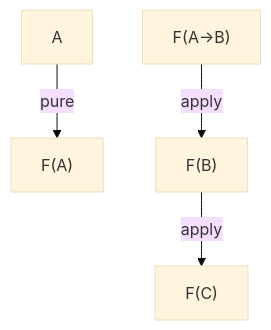
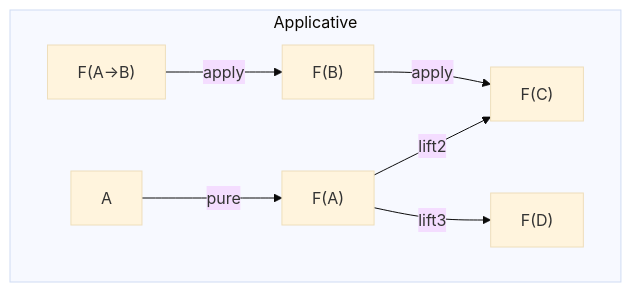
One commit to but212/rustica changed the sixth of 7 diagrams in docs/category_theory.md. Above: the diagram before and after it, drawn with Mermaid (base theme). The commit also changed other lines of this file and 31 other files, not shown here.

````diff
--- a/docs/category_theory.md
+++ b/docs/category_theory.md
@@ -117,6 +201,10 @@
 ```mermaid
 flowchart TB
-    A["A"] --> |"pure"| FA["F(A)"]
-    FB["F(B)"] --> |"apply"| FC["F(C)"]
-    FF["F(A->B)"] --> |"apply"| FB
+    subgraph "Applicative"
+        A["A"] --> |"pure"| FA["F(A)"]
+        FB["F(B)"] --> |"apply"| FC["F(C)"]
+        FF["F(A->B)"] --> |"apply"| FB
+        FA --> |"lift2"| FC
+        FA --> |"lift3"| FD["F(D)"]
+    end
 ```
````
